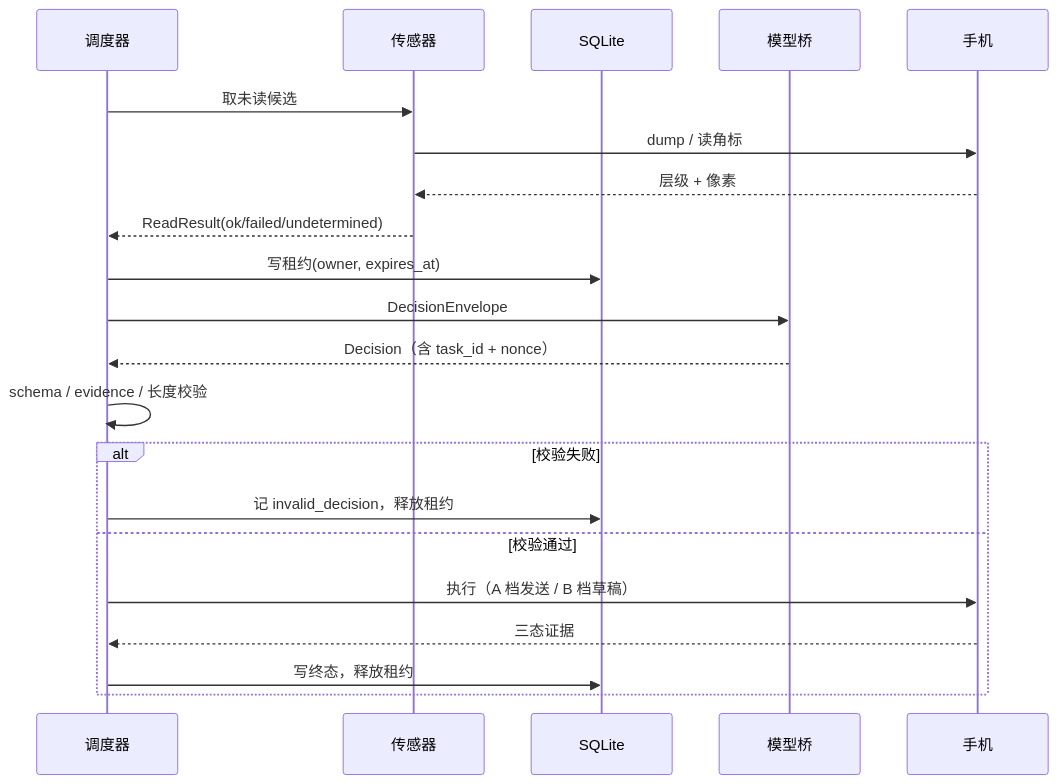
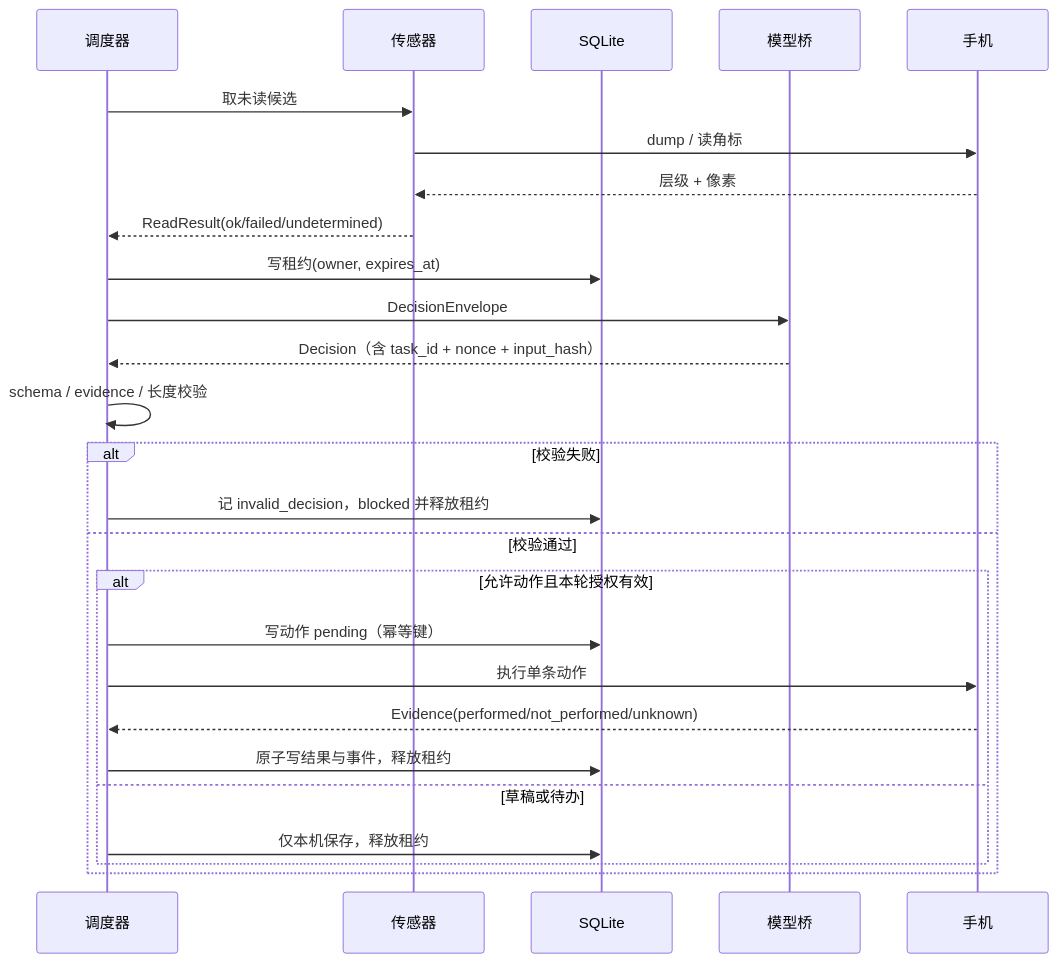
The second of 6 diagrams in docs/BOSS直聘_求职自动化_实施计划_20261123.md (bin448482/job-application-openagent), drawn with Mermaid before and after one commit. The commit also changed other lines of this file and 4 other files, not shown here.

````diff
--- a/docs/BOSS直聘_求职自动化_实施计划_20261123.md
+++ b/docs/BOSS直聘_求职自动化_实施计划_20261123.md
@@ -59,24 +63,29 @@
 ```mermaid
 sequenceDiagram
   participant Sch as 调度器
   participant Sen as 传感器
   participant DB as SQLite
   participant Br as 模型桥
   participant Dev as 手机
 
   Sch->>Sen: 取未读候选
   Sen->>Dev: dump / 读角标
   Dev-->>Sen: 层级 + 像素
   Sen-->>Sch: ReadResult(ok/failed/undetermined)
   Sch->>DB: 写租约(owner, expires_at)
   Sch->>Br: DecisionEnvelope
-  Br-->>Sch: Decision（含 task_id + nonce）
+  Br-->>Sch: Decision（含 task_id + nonce + input_hash）
   Sch->>Sch: schema / evidence / 长度校验
   alt 校验失败
-    Sch->>DB: 记 invalid_decision，释放租约
+    Sch->>DB: 记 invalid_decision，blocked 并释放租约
   else 校验通过
-    Sch->>Dev: 执行（A 档发送 / B 档草稿）
-    Dev-->>Sch: 三态证据
-    Sch->>DB: 写终态，释放租约
+    alt 允许动作且本轮授权有效
+      Sch->>DB: 写动作 pending（幂等键）
+      Sch->>Dev: 执行单条动作
+      Dev-->>Sch: Evidence(performed/not_performed/unknown)
+      Sch->>DB: 原子写结果与事件，释放租约
+    else 草稿或待办
+      Sch->>DB: 仅本机保存，释放租约
+    end
   end
 ```
````
